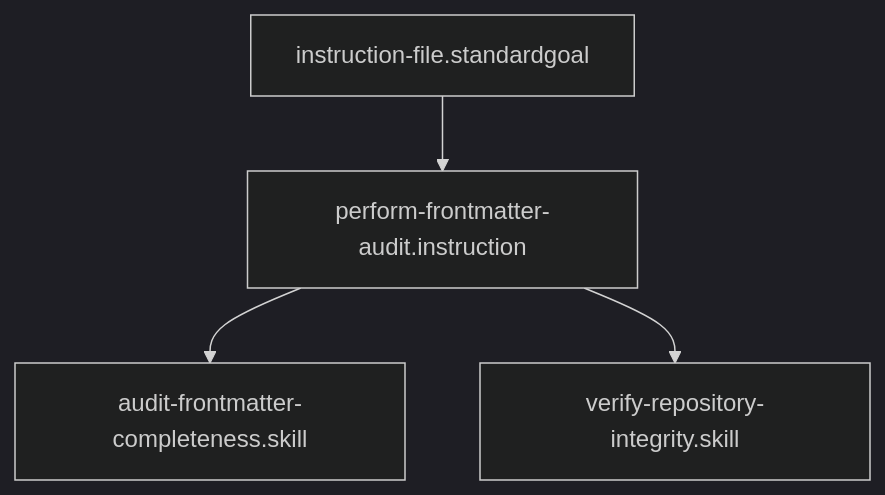
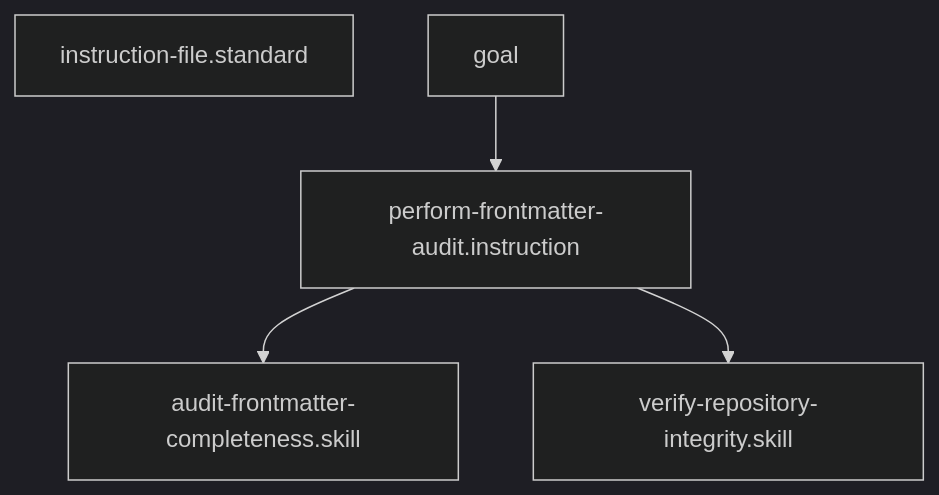
One commit to Gizmo4Life/ai-kernel changed the diagram in instructions/perform-frontmatter-audit.instruction.md. Above: the diagram before and after it, drawn with Mermaid (dark theme). The commit also changed other lines of this file and 101 other files, not shown here.

````diff
--- a/instructions/perform-frontmatter-audit.instruction.md
+++ b/instructions/perform-frontmatter-audit.instruction.md
@@ -25,6 +25,7 @@
 ```mermaid
 graph TD
-    instruction-file.standardgoal --> perform-frontmatter-audit.instruction
+    instruction-file.standard
+goal --> perform-frontmatter-audit.instruction
     perform-frontmatter-audit.instruction --> audit-frontmatter-completeness[audit-frontmatter-completeness.skill]
     perform-frontmatter-audit.instruction --> verify-repository-integrity[verify-repository-integrity.skill]
 ```
````
